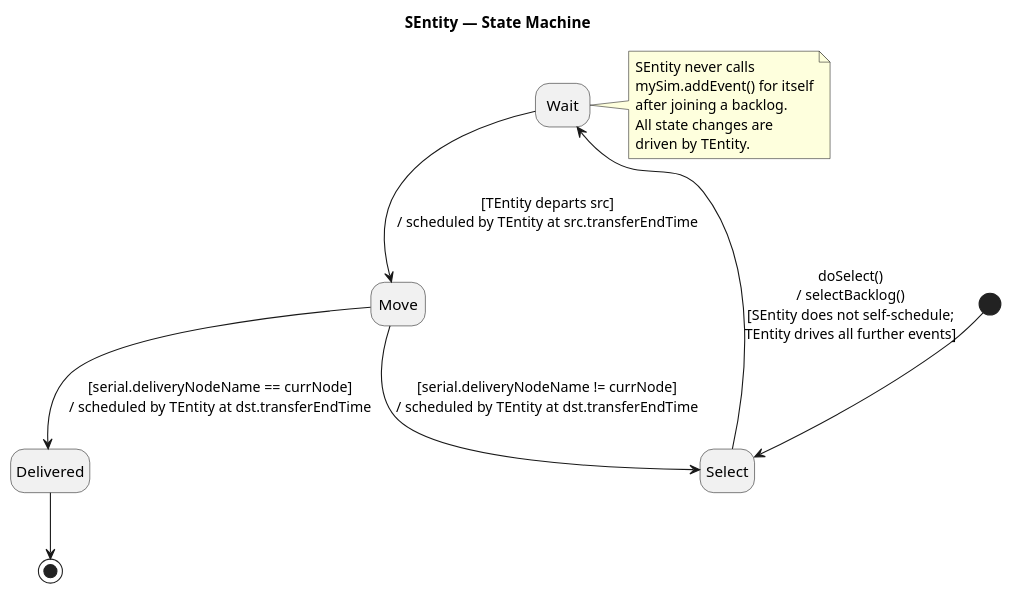
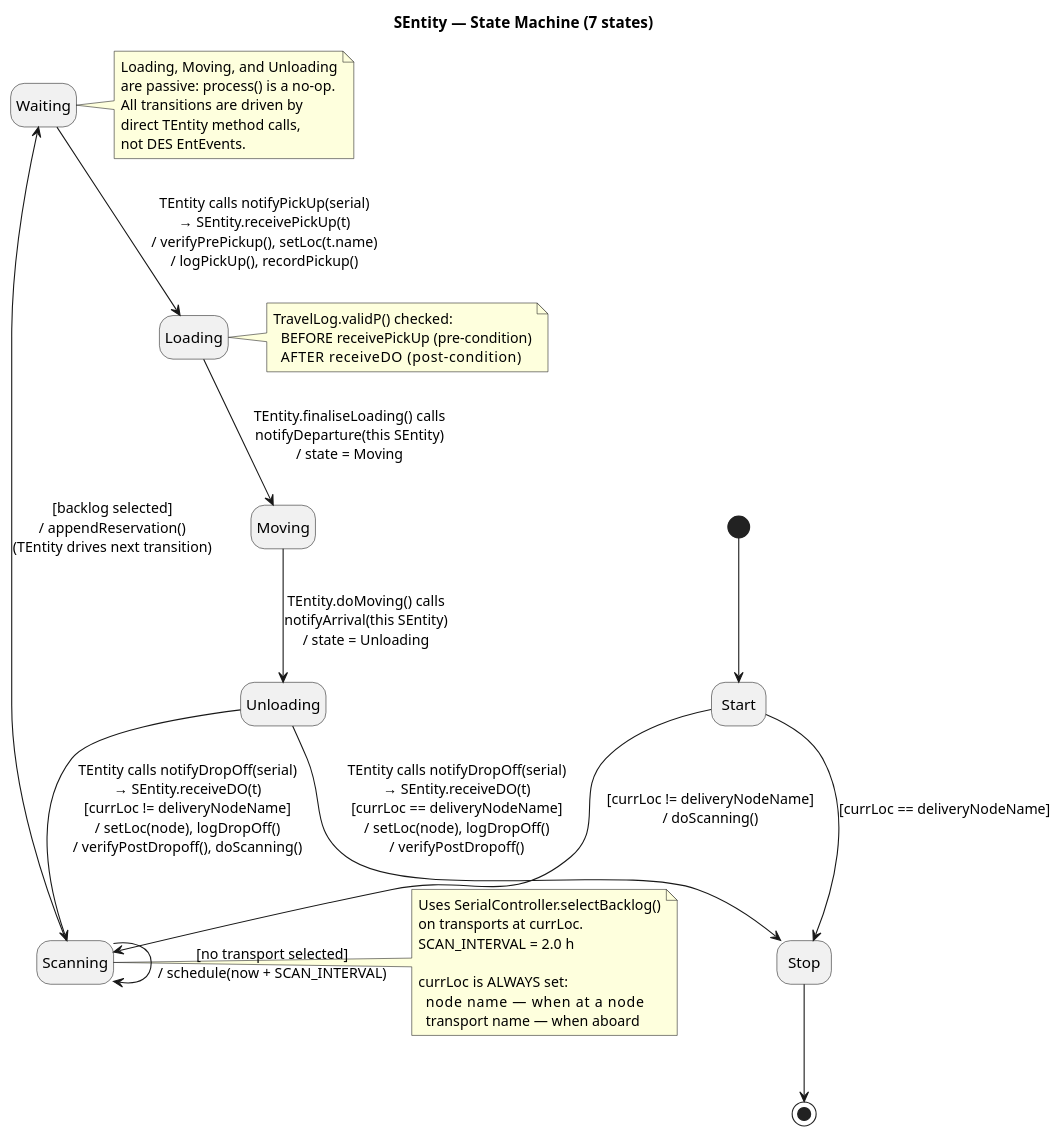
The diagram in in_swift/LogAdj/design/SEntity.puml (bwise-7365/titan-alloy), drawn with PlantUML before and after one commit. The commit also changed 14 other files, not shown here.

Commit message:
apply many pre- and post-conditions to test simulation logic

```diff
--- a/in_swift/LogAdj/design/SEntity.puml
+++ b/in_swift/LogAdj/design/SEntity.puml
@@ -1,25 +1,50 @@
 @startuml SEntity
-title SEntity — State Machine
+title SEntity — State Machine (7 states)
 
 hide empty description
 
-[*] --> Select
+[*] --> Start
 
-Select --> Wait : doSelect()\n/ selectBacklog()\n[SEntity does not self-schedule;\nTEntity drives all further events]
+Start --> Stop     : [currLoc == deliveryNodeName]
+Start --> Scanning : [currLoc != deliveryNodeName]\n/ doScanning()
 
-Wait --> Move : [TEntity departs src]\n/ scheduled by TEntity at src.transferEndTime
+Scanning --> Scanning : [no transport selected]\n/ schedule(now + SCAN_INTERVAL)
+Scanning --> Waiting  : [backlog selected]\n/ appendReservation()\n(TEntity drives next transition)
 
-Move --> Delivered : [serial.deliveryNodeName == currNode]\n/ scheduled by TEntity at dst.transferEndTime
-Move --> Select    : [serial.deliveryNodeName != currNode]\n/ scheduled by TEntity at dst.transferEndTime
+Waiting --> Loading   : TEntity calls notifyPickUp(serial)\n→ SEntity.receivePickUp(t)\n/ verifyPrePickup(), setLoc(t.name)\n/ logPickUp(), recordPickup()
 
-Delivered --> [*]
+Loading --> Moving    : TEntity.finaliseLoading() calls\nnotifyDeparture(this SEntity)\n/ state = Moving
 
-note right of Wait
-  SEntity never calls
-  mySim.addEvent() for itself
-  after joining a backlog.
-  All state changes are
-  driven by TEntity.
+Moving --> Unloading  : TEntity.doMoving() calls\nnotifyArrival(this SEntity)\n/ state = Unloading
+
+Unloading --> Stop    : TEntity calls notifyDropOff(serial)\n→ SEntity.receiveDO(t)\n[currLoc == deliveryNodeName]\n/ setLoc(node), logDropOff()\n/ verifyPostDropoff()
+
+Unloading --> Scanning : TEntity calls notifyDropOff(serial)\n→ SEntity.receiveDO(t)\n[currLoc != deliveryNodeName]\n/ setLoc(node), logDropOff()\n/ verifyPostDropoff(), doScanning()
+
+Stop --> [*]
+
+note right of Waiting
+  Loading, Moving, and Unloading
+  are passive: process() is a no-op.
+  All transitions are driven by
+  direct TEntity method calls,
+  not DES EntEvents.
+end note
+
+note right of Scanning
+  Uses SerialController.selectBacklog()
+  on transports at currLoc.
+  SCAN_INTERVAL = 2.0 h
+
+  currLoc is ALWAYS set:
+    node name      — when at a node
+    transport name — when aboard
+end note
+
+note right of Loading
+  TravelLog.validP() checked:
+    BEFORE receivePickUp (pre-condition)
+    AFTER  receiveDO     (post-condition)
 end note
 
 @enduml
```
